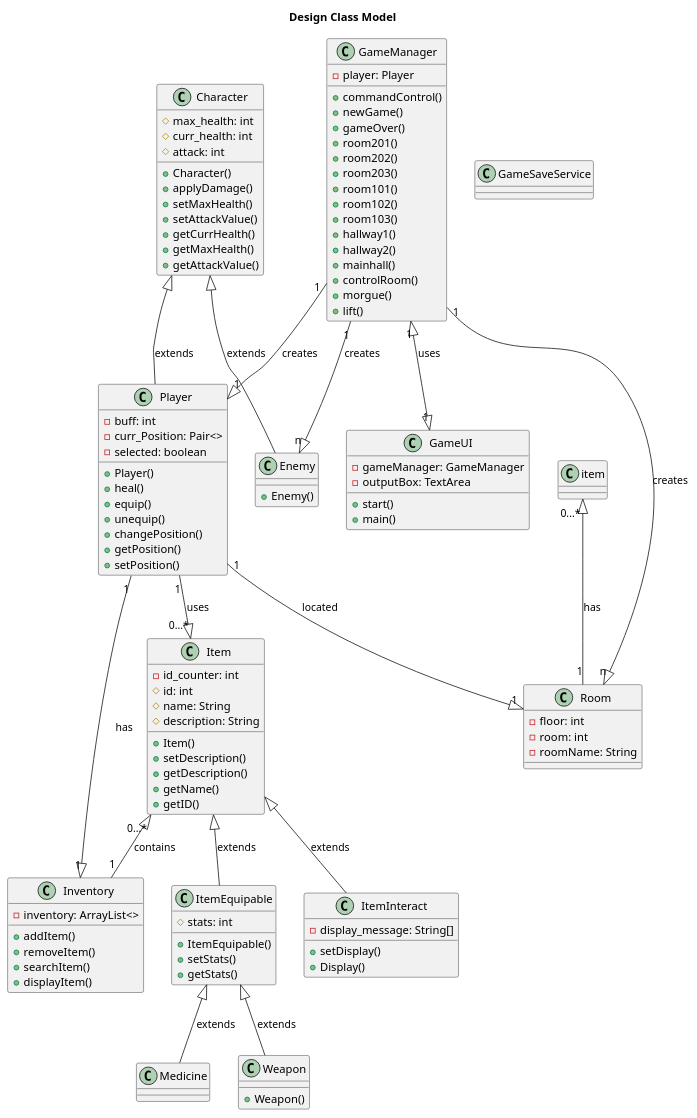
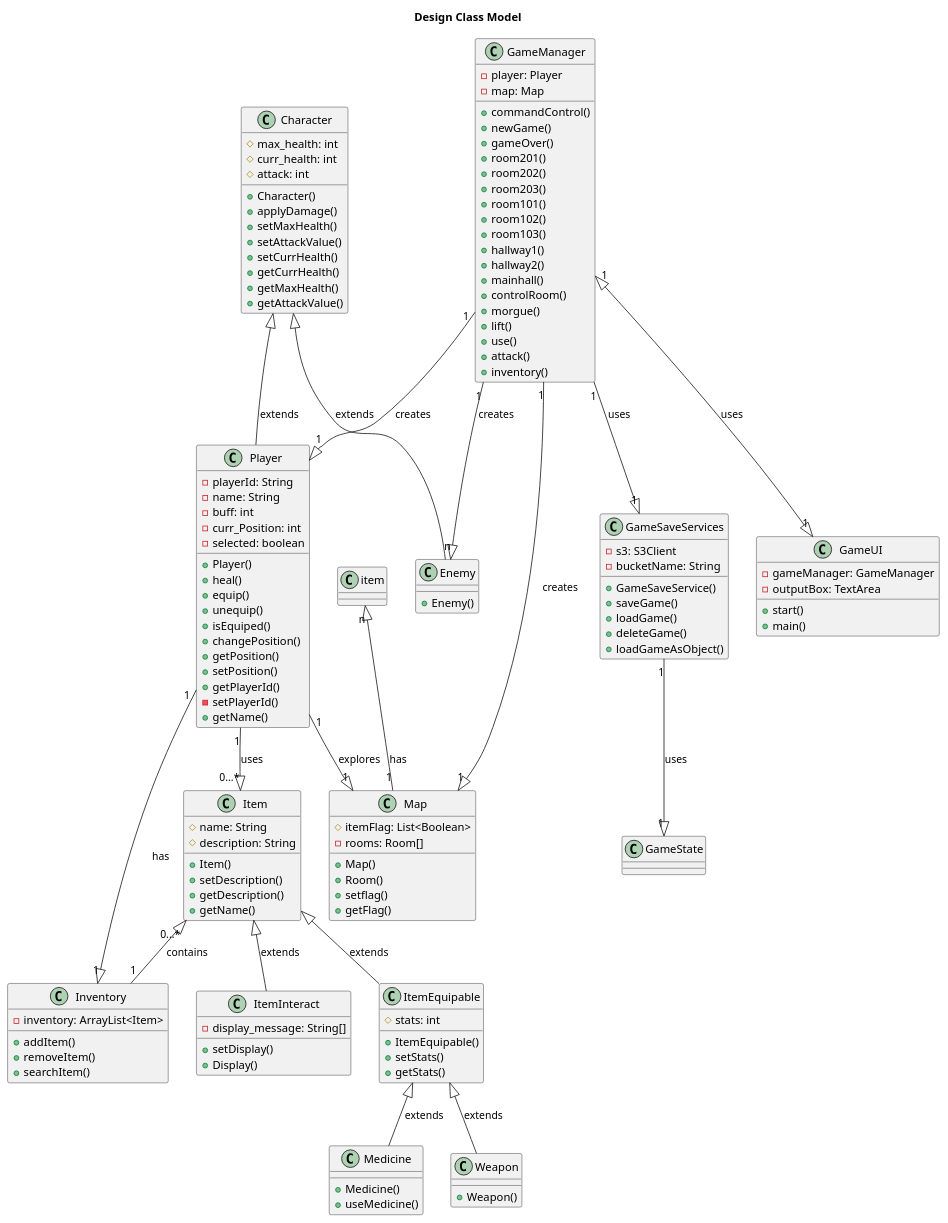
Before and after one commit to LimeiGuan/Text_Adventure_Game: the diagram in docs/uml/DesignClassModel.plantuml, drawn with PlantUML.

```diff
--- a/docs/uml/DesignClassModel.plantuml
+++ b/docs/uml/DesignClassModel.plantuml
@@ -1,136 +1,165 @@
 @startuml DesignClassModel
 
 title Design Class Model
 
 class Character{
   #max_health: int
   #curr_health: int
   #attack: int
   
   +Character()
   +applyDamage()
   +setMaxHealth()
   +setAttackValue()
+  +setCurrHealth()
   +getCurrHealth()
   +getMaxHealth()
   +getAttackValue()
 }
 
 class Player{
+  -playerId: String
+  -name: String
   -buff: int
-  -curr_Position: Pair<>
+  -curr_Position: int
   -selected: boolean
   
   +Player()
   +heal()
   +equip()
   +unequip()
+  +isEquiped()
   +changePosition()
   +getPosition()
   +setPosition()
+  +getPlayerId()
+  -setPlayerId()
+  +getName()
+  
 }
 
 class Enemy{
   +Enemy()
 }
 
 class GameUI{
   -gameManager: GameManager
   -outputBox: TextArea
   
   +start()
   +main()
 }
 
 class GameManager{
   -player: Player
+  -map: Map
   
   +commandControl()
   +newGame()
   +gameOver()
   +room201()
   +room202()
   +room203()
   +room101()
   +room102()
   +room103()
   +hallway1()
   +hallway2()
   +mainhall()
   +controlRoom()
   +morgue()
   +lift()
+  +use()
+  +attack()
+  +inventory()
 }
 
-class GameSaveService{}
+class GameSaveServices{
+  -s3: S3Client
+  -bucketName: String
+  
+  +GameSaveService()
+  +saveGame()
+  +loadGame()
+  +deleteGame()
+  +loadGameAsObject()
+}
+
+class GameState{
+}
 
 class Inventory{
-  -inventory: ArrayList<>
+  -inventory: ArrayList<Item>
   
   +addItem()
   +removeItem()
   +searchItem()
-  +displayItem()
 }
 
 class Item{
-  -id_counter: int
-  #id: int
   #name: String
   #description: String
   
   +Item()
   +setDescription()
   +getDescription()
   +getName()
-  +getID()
 }
 
 class ItemEquipable{
   #stats: int
   
   +ItemEquipable()
   +setStats()
   +getStats()
 }
 
 class ItemInteract{
   -display_message: String[]
   
   +setDisplay()
   +Display()
 }
 
-class Medicine{}
+class Medicine{
+  +Medicine()
+  +useMedicine()
+}
 
 class Weapon{
   +Weapon()
 }
 
-class Room{
-  -floor: int
-  -room: int
-  -roomName: String
+class Map{
+  #itemFlag: List<Boolean>
+  -rooms: Room[]
+  
+  +Map()
+  +Room()
+  +setflag()
+  +getFlag()
 }
 
 Character <|-- Player : extends
 Character <|-- Enemy : extends
 
 Item <|-- ItemEquipable : extends
 Item <|-- ItemInteract : extends
 Item"0...*" <|-- "1"Inventory : contains
-item"0...*" <|-- "1"Room : has
+item"n" <|-- "1"Map : has
 
 ItemEquipable <|-- Weapon: extends
 ItemEquipable <|-- Medicine: extends
 
 Player"1" --|> "0...*"Item : uses 
 Player"1" --|> "1"Inventory : has
-Player"1" --|> "1"Room : located
+Player"1" --|> "1"Map : explores
 
 GameManager"1" --|> "1"Player : creates
 GameManager"1" --|> "n"Enemy : creates
 GameManager"1" <|--|> "1"GameUI : uses
-GameManager"1" --|> "n"Room : creates
+GameManager"1" --|> "1"Map : creates
+GameManager"1" --|> "1"GameSaveServices : uses
+GameSaveServices"1" --|> "1"GameState : uses
 
 @enduml
```
